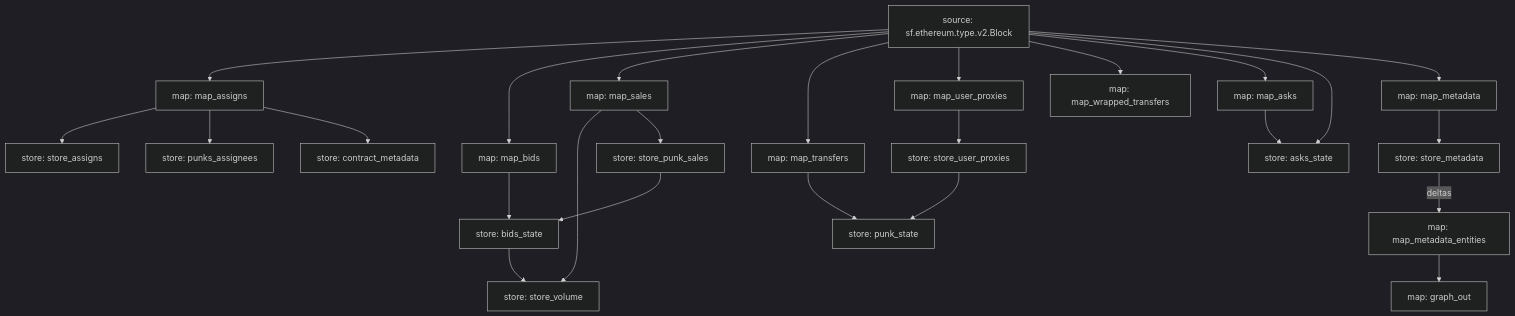
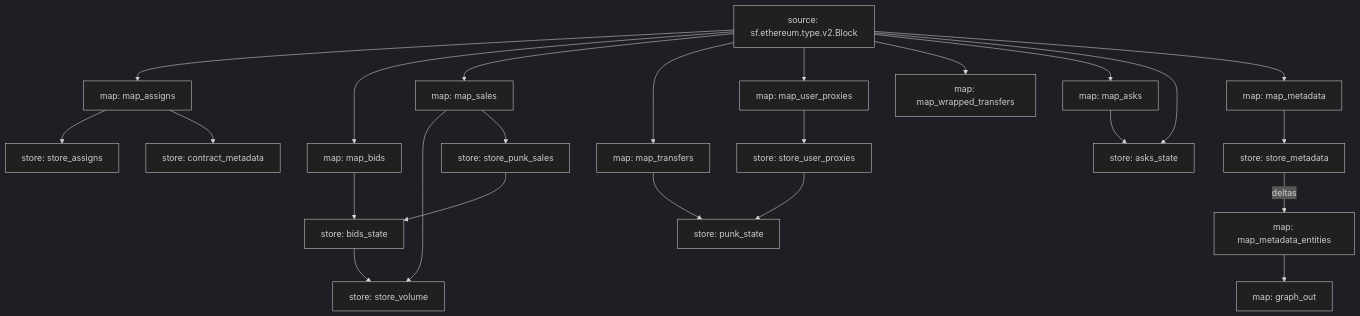
One commit to itsjerryokolo/cryptopunks_substreams changed the diagram in README.md. Above: the diagram before and after it, drawn with Mermaid (dark theme). The commit also changed 3 other files, not shown here.

Commit message:
remove punk_assignees store

````diff
--- a/README.md
+++ b/README.md
@@ -3,47 +3,45 @@
 ```mermaid
 graph TD;
   map_assigns[map: map_assigns]
   sf.ethereum.type.v2.Block[source: sf.ethereum.type.v2.Block] --> map_assigns
   store_assigns[store: store_assigns]
   map_assigns --> store_assigns
-  punks_assignees[store: punks_assignees]
-  map_assigns --> punks_assignees
   map_bids[map: map_bids]
   sf.ethereum.type.v2.Block[source: sf.ethereum.type.v2.Block] --> map_bids
   bids_state[store: bids_state]
   map_bids --> bids_state
   store_punk_sales --> bids_state
   store_volume[store: store_volume]
   map_sales --> store_volume
   bids_state --> store_volume
   store_punk_sales[store: store_punk_sales]
   map_sales --> store_punk_sales
   map_sales[map: map_sales]
   sf.ethereum.type.v2.Block[source: sf.ethereum.type.v2.Block] --> map_sales
   map_transfers[map: map_transfers]
   sf.ethereum.type.v2.Block[source: sf.ethereum.type.v2.Block] --> map_transfers
   punk_state[store: punk_state]
   map_transfers --> punk_state
   store_user_proxies --> punk_state
   map_user_proxies[map: map_user_proxies]
   sf.ethereum.type.v2.Block[source: sf.ethereum.type.v2.Block] --> map_user_proxies
   map_wrapped_transfers[map: map_wrapped_transfers]
   sf.ethereum.type.v2.Block[source: sf.ethereum.type.v2.Block] --> map_wrapped_transfers
   store_user_proxies[store: store_user_proxies]
   map_user_proxies --> store_user_proxies
   map_asks[map: map_asks]
   sf.ethereum.type.v2.Block[source: sf.ethereum.type.v2.Block] --> map_asks
   asks_state[store: asks_state]
   map_asks --> asks_state
   sf.ethereum.type.v2.Block[source: sf.ethereum.type.v2.Block] --> asks_state
   contract_metadata[store: contract_metadata]
   map_assigns --> contract_metadata
   map_metadata[map: map_metadata]
   sf.ethereum.type.v2.Block[source: sf.ethereum.type.v2.Block] --> map_metadata
   store_metadata[store: store_metadata]
   map_metadata --> store_metadata
   map_metadata_entities[map: map_metadata_entities]
   store_metadata -- deltas --> map_metadata_entities
   graph_out[map: graph_out]
   map_metadata_entities --> graph_out
 ```
````
